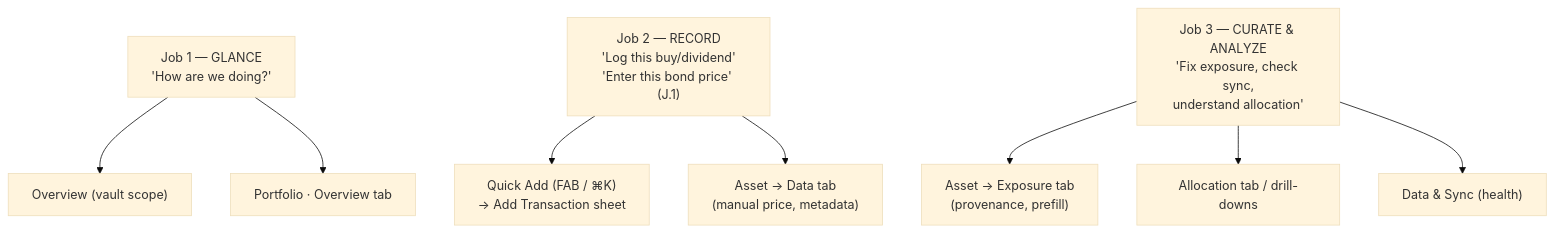
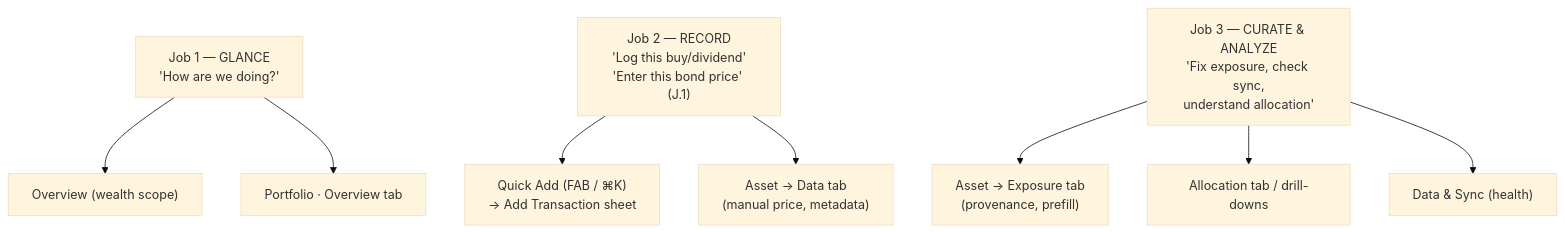
One commit to alv67/vault-lab changed the second of 8 diagrams in docs/UX-REDESIGN.en.md. Above: the diagram before and after it, drawn with Mermaid (base theme). The commit also changed other lines of this file and 47 other files, not shown here.

````diff
--- a/docs/UX-REDESIGN.en.md
+++ b/docs/UX-REDESIGN.en.md
@@ -120,10 +120,10 @@
 ```mermaid
 flowchart TD
-    J1["Job 1 — GLANCE<br/>'How are we doing?'"] --> S1["Overview (vault scope)"]
+    J1["Job 1 — GLANCE<br/>'How are we doing?'"] --> S1["Overview (wealth scope)"]
     J1 --> S2["Portfolio · Overview tab"]
     J2["Job 2 — RECORD<br/>'Log this buy/dividend'<br/>'Enter this bond price' (J.1)"] --> S3["Quick Add (FAB / ⌘K)<br/>→ Add Transaction sheet"]
     J2 --> S4["Asset → Data tab<br/>(manual price, metadata)"]
     J3["Job 3 — CURATE & ANALYZE<br/>'Fix exposure, check sync,<br/>understand allocation'"] --> S5["Asset → Exposure tab<br/>(provenance, prefill)"]
     J3 --> S6["Allocation tab / drill-downs"]
     J3 --> S7["Data & Sync (health)"]
 ```
````
